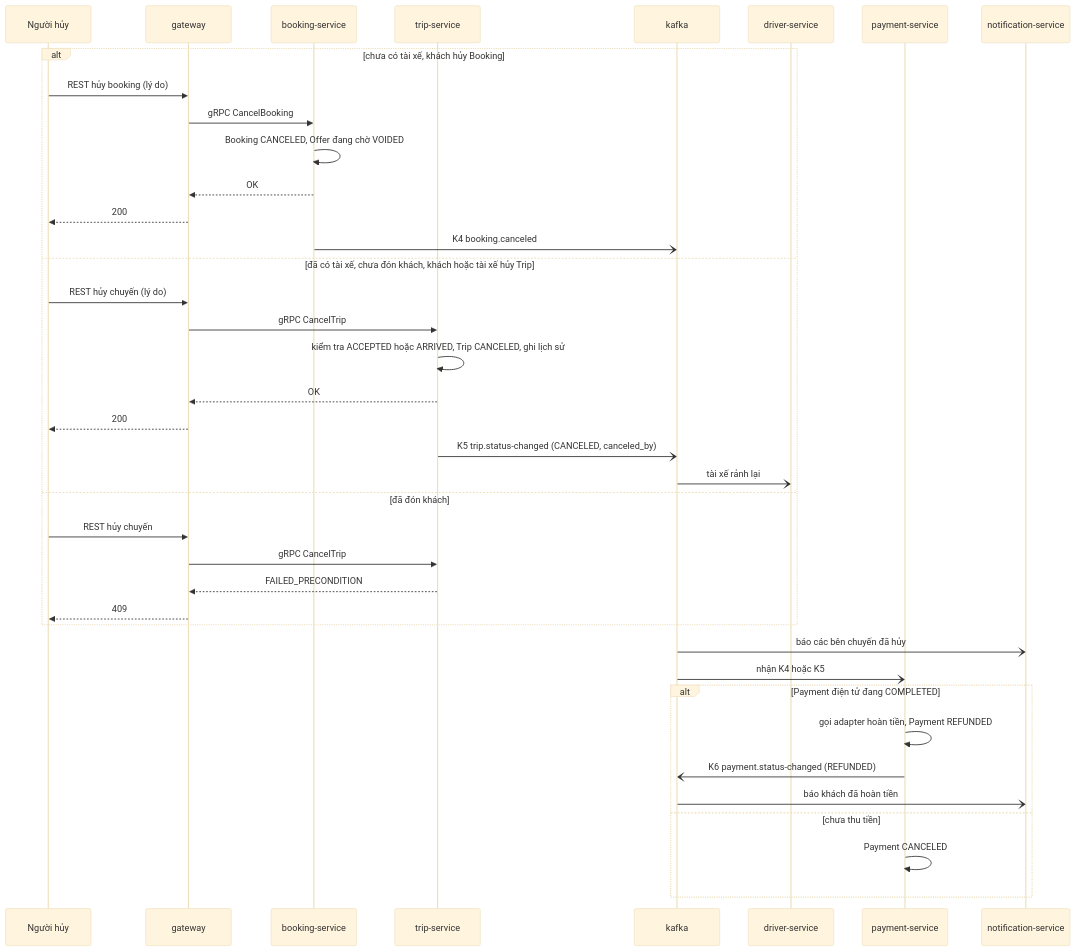
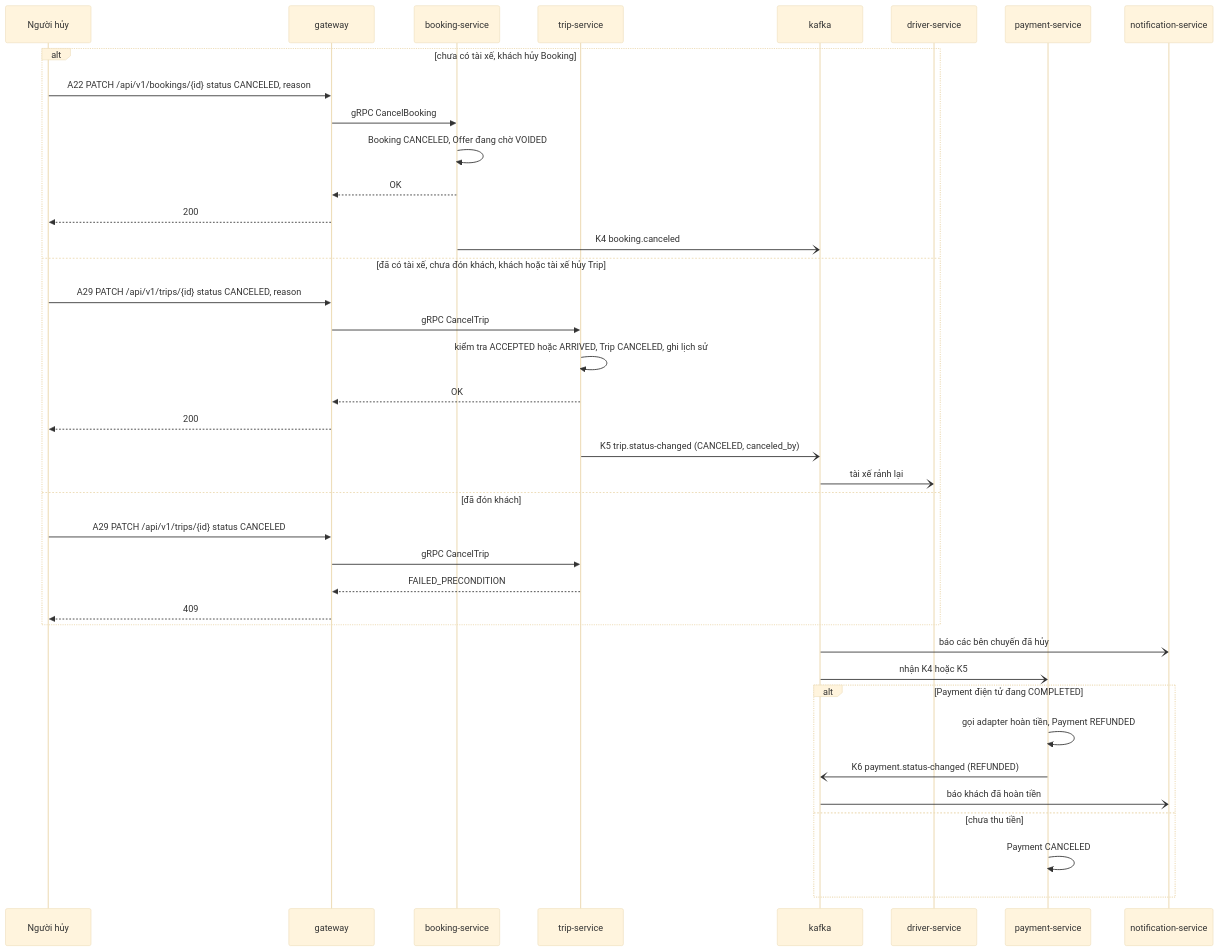
Before and after one commit to nghuuduc21/23699411_NguyenHuuDuc_CabSystem: the fifth of 7 diagrams in docs/design/02-kien-truc-giao-tiep.md, drawn with Mermaid (base theme). The commit also changed other lines of this file and 13 other files, not shown here.

First line of the commit message:
docs: redesign API paths to /api/v1 resources with PATCH status changes

````diff
--- a/docs/design/02-kien-truc-giao-tiep.md
+++ b/docs/design/02-kien-truc-giao-tiep.md
@@ -530,42 +531,42 @@
 ```mermaid
 sequenceDiagram
   participant U as Người hủy
   participant GW as gateway
   participant B as booking-service
   participant T as trip-service
   participant K as kafka
   participant DR as driver-service
   participant P as payment-service
   participant N as notification-service
 
   alt chưa có tài xế, khách hủy Booking
-    U->>GW: REST hủy booking (lý do)
+    U->>GW: A22 PATCH /api/v1/bookings/{id} status CANCELED, reason
     GW->>B: gRPC CancelBooking
     B->>B: Booking CANCELED, Offer đang chờ VOIDED
     B-->>GW: OK
     GW-->>U: 200
     B-)K: K4 booking.canceled
   else đã có tài xế, chưa đón khách, khách hoặc tài xế hủy Trip
-    U->>GW: REST hủy chuyến (lý do)
+    U->>GW: A29 PATCH /api/v1/trips/{id} status CANCELED, reason
     GW->>T: gRPC CancelTrip
     T->>T: kiểm tra ACCEPTED hoặc ARRIVED, Trip CANCELED, ghi lịch sử
     T-->>GW: OK
     GW-->>U: 200
     T-)K: K5 trip.status-changed (CANCELED, canceled_by)
     K-)DR: tài xế rảnh lại
   else đã đón khách
-    U->>GW: REST hủy chuyến
+    U->>GW: A29 PATCH /api/v1/trips/{id} status CANCELED
     GW->>T: gRPC CancelTrip
     T-->>GW: FAILED_PRECONDITION
     GW-->>U: 409
   end
   K-)N: báo các bên chuyến đã hủy
   K-)P: nhận K4 hoặc K5
   alt Payment điện tử đang COMPLETED
     P->>P: gọi adapter hoàn tiền, Payment REFUNDED
     P-)K: K6 payment.status-changed (REFUNDED)
     K-)N: báo khách đã hoàn tiền
   else chưa thu tiền
     P->>P: Payment CANCELED
   end
 ```
````
